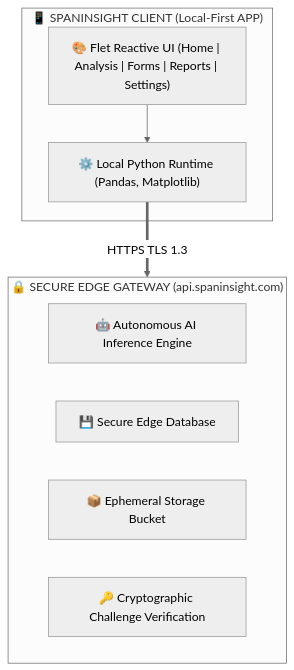
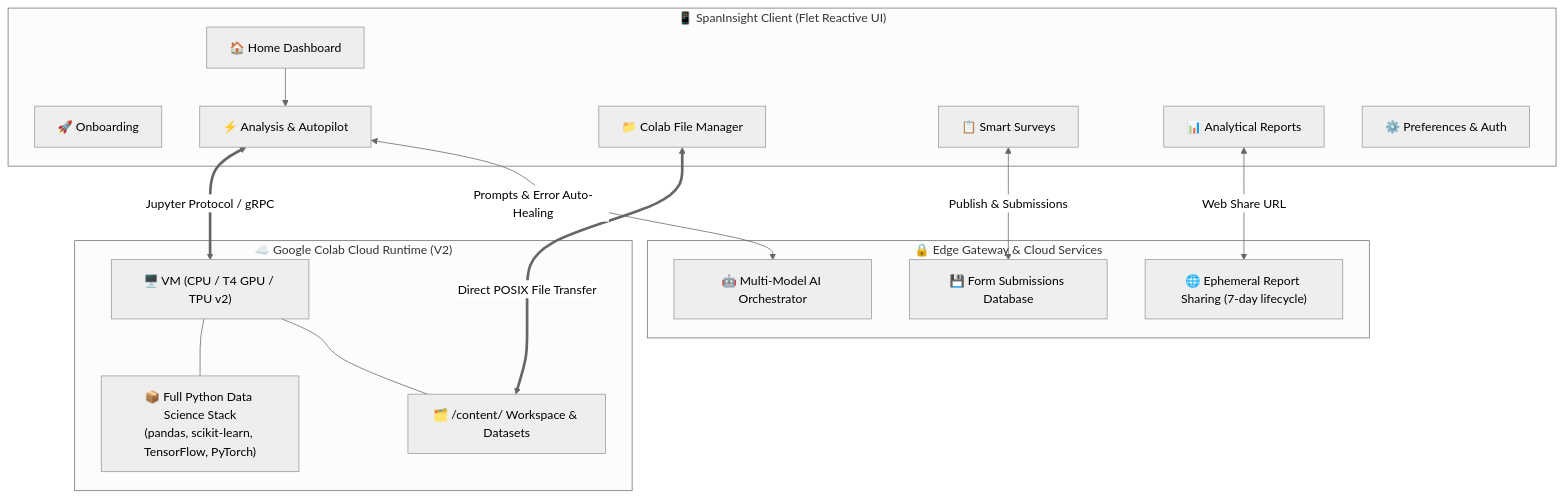
One commit to Nwokike/SpanInsight changed the diagram in README.md. Above: the diagram before and after it, drawn with Mermaid (neutral theme). The commit also changed other lines of this file and 133 other files, not shown here.

Commit message:
feat(v2.0): modular screen architecture, colab integration, and file management

````diff
--- a/README.md
+++ b/README.md
@@ -138,17 +20,33 @@
 ```mermaid
-graph TB
-    subgraph SPANINSIGHT_APP ["📱 SPANINSIGHT CLIENT (Local-First APP)"]
-        UI["🎨 Flet Reactive UI (Home | Analysis | Forms | Reports | Settings)"]
-        Runtime["⚙️ Local Python Runtime (Pandas, Matplotlib)"]
-        UI --> Runtime
+flowchart TD
+    subgraph APP ["📱 SpanInsight Client (Flet Reactive UI)"]
+        Onboard["🚀 Onboarding"]
+        Home["🏠 Home Dashboard"]
+        Analysis["⚡ Analysis & Autopilot"]
+        Files["📁 Colab File Manager"]
+        Forms["📋 Smart Surveys"]
+        Reports["📊 Analytical Reports"]
+        Settings["⚙️ Preferences & Auth"]
     end
 
-    subgraph SECURE_EDGE_GATEWAY ["🔒 SECURE EDGE GATEWAY (api.spaninsight.com)"]
-        Inference["🤖 Autonomous AI Inference Engine"]
-        D1["💾 Secure Edge Database"]
-        R2["📦 Ephemeral Storage Bucket"]
-        Verify["🔑 Cryptographic Challenge Verification"]
+    subgraph COLAB ["☁️ Google Colab Cloud Runtime (V2)"]
+        VM["🖥️ VM (CPU / T4 GPU / TPU v2)"]
+        Env["📦 Full Python Data Science Stack\n(pandas, scikit-learn, TensorFlow, PyTorch)"]
+        POSIX["🗂️ /content/ Workspace & Datasets"]
+        VM --- Env
+        VM --- POSIX
     end
 
-    Runtime ==>|HTTPS TLS 1.3| SECURE_EDGE_GATEWAY
+    subgraph GATEWAY ["🔒 Edge Gateway & Cloud Services"]
+        AI["🤖 Multi-Model AI Orchestrator"]
+        D1["💾 Form Submissions Database"]
+        R2["🌐 Ephemeral Report Sharing (7-day lifecycle)"]
+    end
+
+    Analysis <==>|Jupyter Protocol / gRPC| VM
+    Files <==>|Direct POSIX File Transfer| POSIX
+    Analysis <-->|Prompts & Error Auto-Healing| AI
+    Forms <-->|Publish & Submissions| D1
+    Reports <-->|Web Share URL| R2
+    Home --> Analysis
 ```
````
